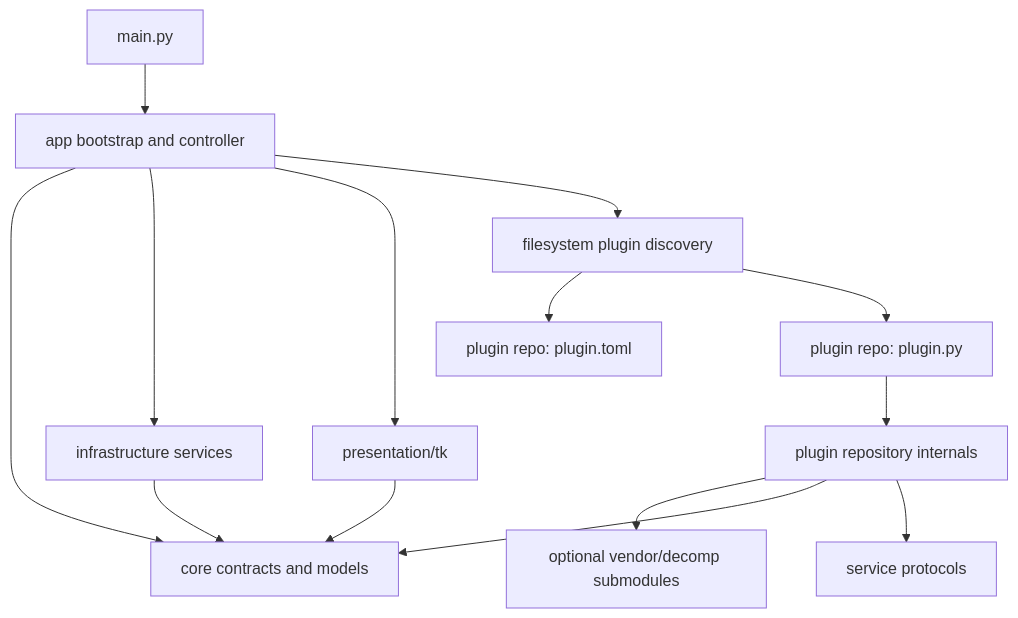
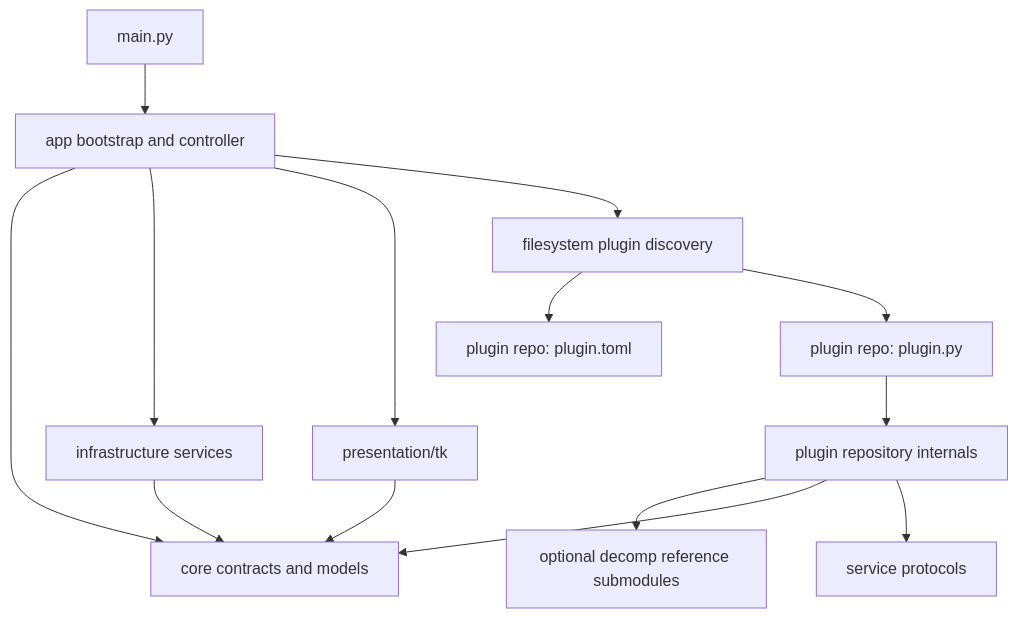
Before and after one commit to JEschete/RetroArchOverlay: the diagram in ARCHITECTURE_PLAN.md, drawn with Mermaid. The commit also changed other lines of this file and 49 other files, not shown here.

````diff
--- a/ARCHITECTURE_PLAN.md
+++ b/ARCHITECTURE_PLAN.md
@@ -52,16 +53,16 @@
 ```mermaid
 flowchart TD
     Main[main.py] --> App[app bootstrap and controller]
     App --> Core[core contracts and models]
     App --> Infra[infrastructure services]
     App --> UI[presentation/tk]
     App --> Discovery[filesystem plugin discovery]
     Discovery --> Manifest[plugin repo: plugin.toml]
     Discovery --> Plugin[plugin repo: plugin.py]
     Plugin --> Game[plugin repository internals]
-    Game --> Vendor[optional vendor/decomp submodules]
+    Game --> Decomp[optional decomp reference submodules]
     Game --> Core
     Game --> ServiceContracts[service protocols]
     Infra --> Core
     UI --> Core
 ```
````
